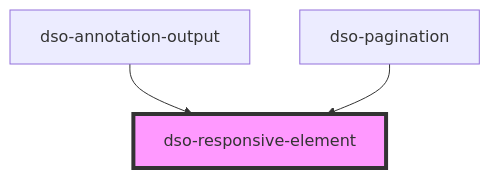
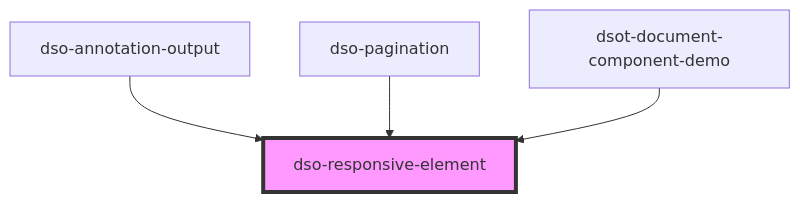
One commit to dso-toolkit/dso-toolkit changed the diagram in packages/core/src/components/responsive-element/readme.md. Above: the diagram before and after it, drawn with Mermaid. The commit also changed other lines of this file and 93 other files, not shown here.

Commit message:
#2133 [Added] Nieuw component "Document Component".

````diff
--- a/packages/core/src/components/responsive-element/readme.md
+++ b/packages/core/src/components/responsive-element/readme.md
@@ -34,6 +35,7 @@
 ```mermaid
 graph TD;
   dso-annotation-output --> dso-responsive-element
   dso-pagination --> dso-responsive-element
+  dsot-document-component-demo --> dso-responsive-element
   style dso-responsive-element fill:#f9f,stroke:#333,stroke-width:4px
 ```
````
